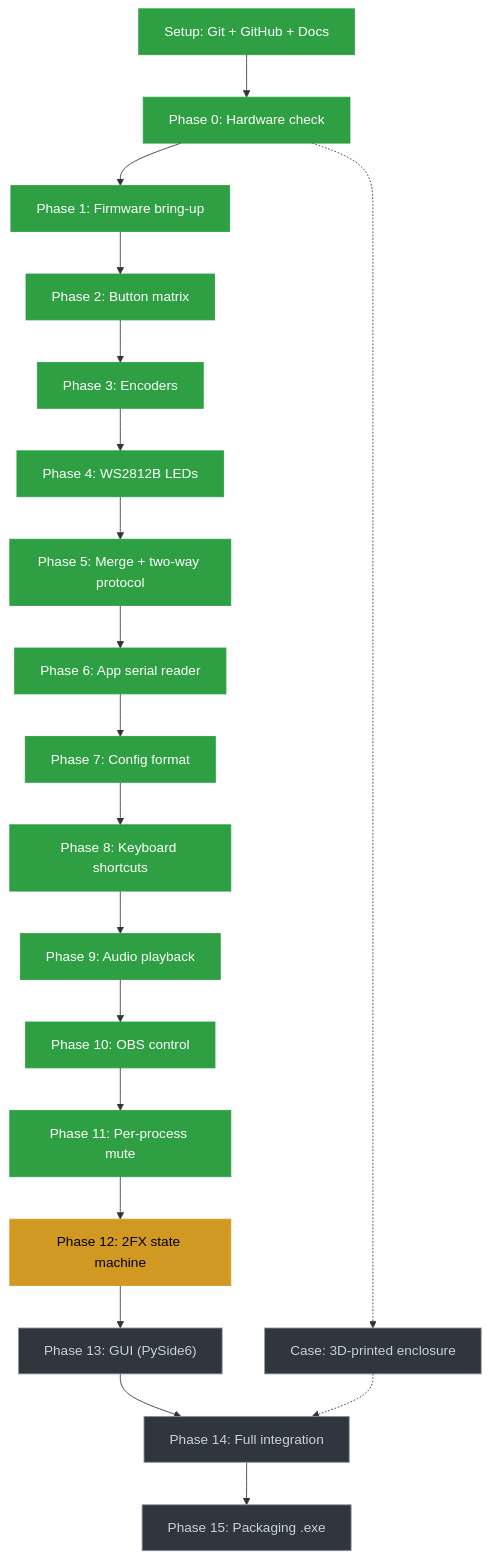
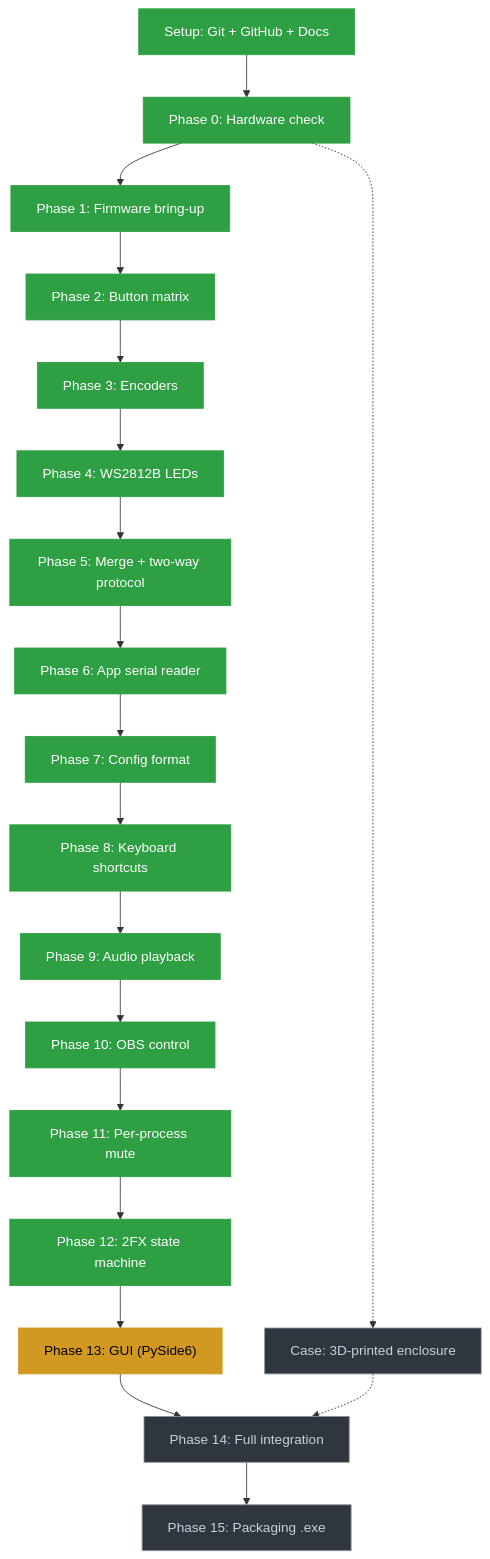
Before and after one commit to NeoCraftStudio/stream-deck-macro: the diagram in README.md, drawn with Mermaid. The commit also changed other lines of this file and 3 other files, not shown here.

Commit message:
phase 12 done, 2fx tested

````diff
--- a/README.md
+++ b/README.md
@@ -19,25 +20,25 @@
 ```mermaid
 flowchart TD
     S["Setup: Git + GitHub + Docs"]:::done --> P0["Phase 0: Hardware check"]:::done
     P0 --> P1["Phase 1: Firmware bring-up"]:::done
     P1 --> P2["Phase 2: Button matrix"]:::done
     P2 --> P3["Phase 3: Encoders"]:::done
     P3 --> P4["Phase 4: WS2812B LEDs"]:::done
     P4 --> P5["Phase 5: Merge + two-way protocol"]:::done
     P5 --> P6["Phase 6: App serial reader"]:::done
     P6 --> P7["Phase 7: Config format"]:::done
     P7 --> P8["Phase 8: Keyboard shortcuts"]:::done
     P8 --> P9["Phase 9: Audio playback"]:::done
     P9 --> P10["Phase 10: OBS control"]:::done
     P10 --> P11["Phase 11: Per-process mute"]:::done
-    P11 --> P12["Phase 12: 2FX state machine"]:::current
-    P12 --> P13["Phase 13: GUI (PySide6)"]:::todo
+    P11 --> P12["Phase 12: 2FX state machine"]:::done
+    P12 --> P13["Phase 13: GUI (PySide6)"]:::current
     P13 --> P14["Phase 14: Full integration"]:::todo
     P14 --> P15["Phase 15: Packaging .exe"]:::todo
     P0 -.-> C["Case: 3D-printed enclosure"]:::todo
     C -.-> P14
 
     classDef done fill:#2ea043,stroke:#2ea043,color:#fff
     classDef current fill:#d29922,stroke:#d29922,color:#000
     classDef todo fill:#30363d,stroke:#8b949e,color:#c9d1d9
 ```
````
